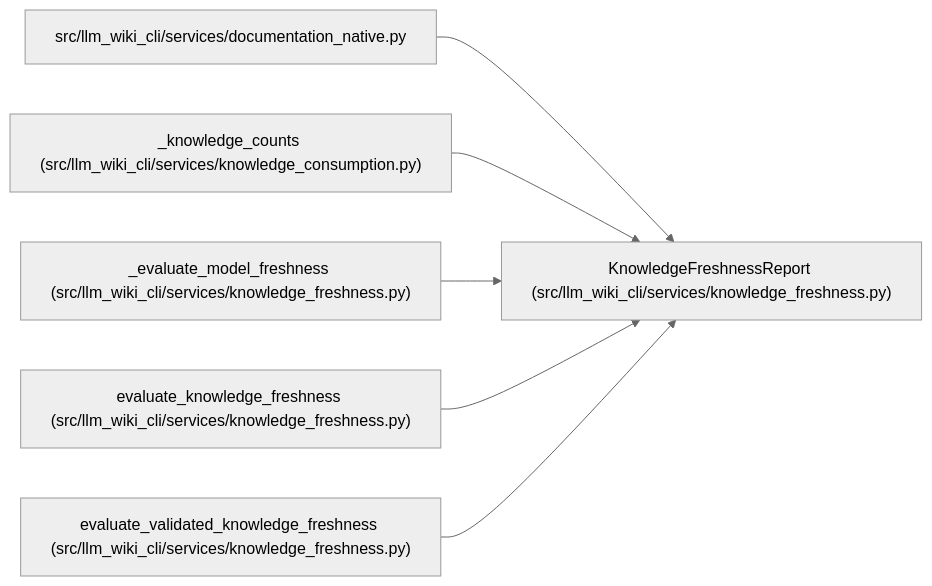
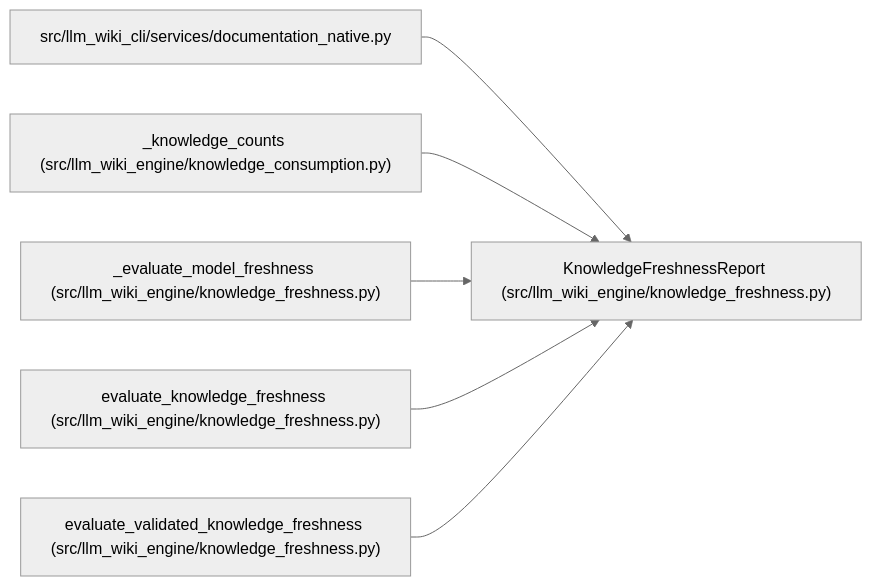
Before and after one commit to Denissvgn/python-wiki-llm: the diagram in docs/llm_wiki/entities/KnowledgeFreshnessReport.md, drawn with Mermaid (neutral theme). The commit also changed other lines of this file and 1058 other files, not shown here.

First line of the commit message:
docs: refresh the wiki for the knowledge store move

````diff
--- a/docs/llm_wiki/entities/KnowledgeFreshnessReport.md
+++ b/docs/llm_wiki/entities/KnowledgeFreshnessReport.md
@@ -33,20 +33,20 @@
 ```mermaid
 flowchart LR
-    n0["KnowledgeFreshnessReport (src/llm_wiki_cli/services/knowledge_freshness.py)"]
+    n0["KnowledgeFreshnessReport (src/llm_wiki_engine/knowledge_freshness.py)"]
     n1["src/llm_wiki_cli/services/documentation_native.py"]
-    n2["_knowledge_counts (src/llm_wiki_cli/services/knowledge_consumption.py)"]
-    n3["_evaluate_model_freshness (src/llm_wiki_cli/services/knowledge_freshness.py)"]
-    n4["evaluate_knowledge_freshness (src/llm_wiki_cli/services/knowledge_freshness.py)"]
-    n5["evaluate_validated_knowledge_freshness (src/llm_wiki_cli/services/knowledge_freshness.py)"]
+    n2["_knowledge_counts (src/llm_wiki_engine/knowledge_consumption.py)"]
+    n3["_evaluate_model_freshness (src/llm_wiki_engine/knowledge_freshness.py)"]
+    n4["evaluate_knowledge_freshness (src/llm_wiki_engine/knowledge_freshness.py)"]
+    n5["evaluate_validated_knowledge_freshness (src/llm_wiki_engine/knowledge_freshness.py)"]
     n1 --> n0
     n2 --> n0
     n3 --> n0
     n4 --> n0
     n5 --> n0
     click n0 "../modules/knowledge_freshness.md"
     click n1 "../modules/documentation_native.md"
     click n2 "../modules/knowledge_consumption.md"
     click n3 "../modules/knowledge_freshness.md"
     click n4 "../modules/knowledge_freshness.md"
     click n5 "../modules/knowledge_freshness.md"
 ```
````
